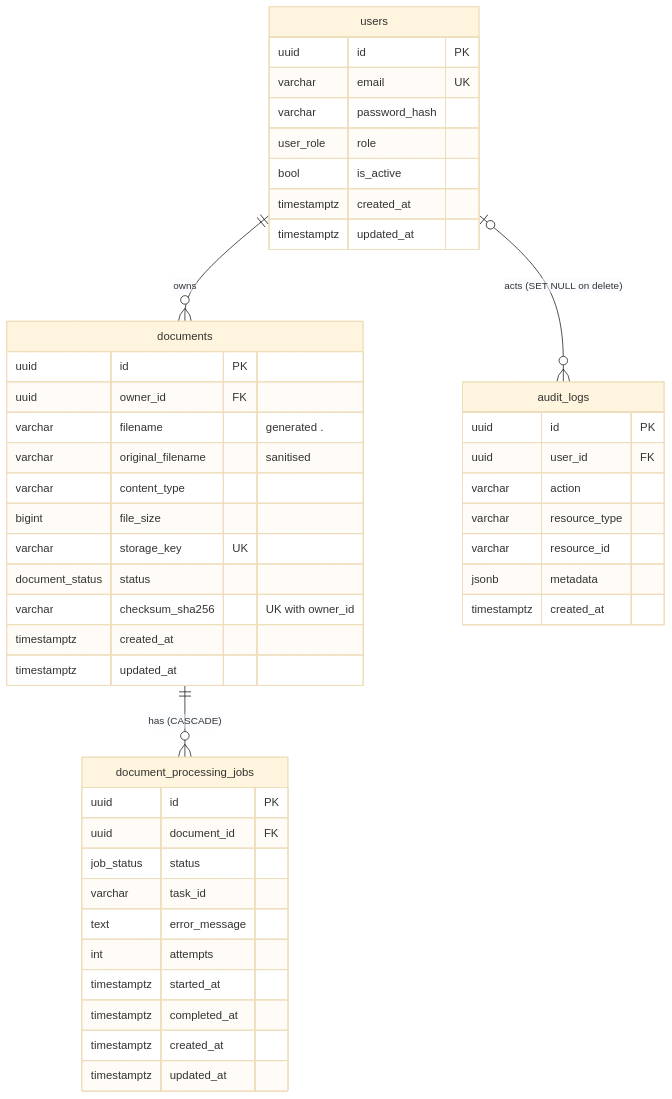
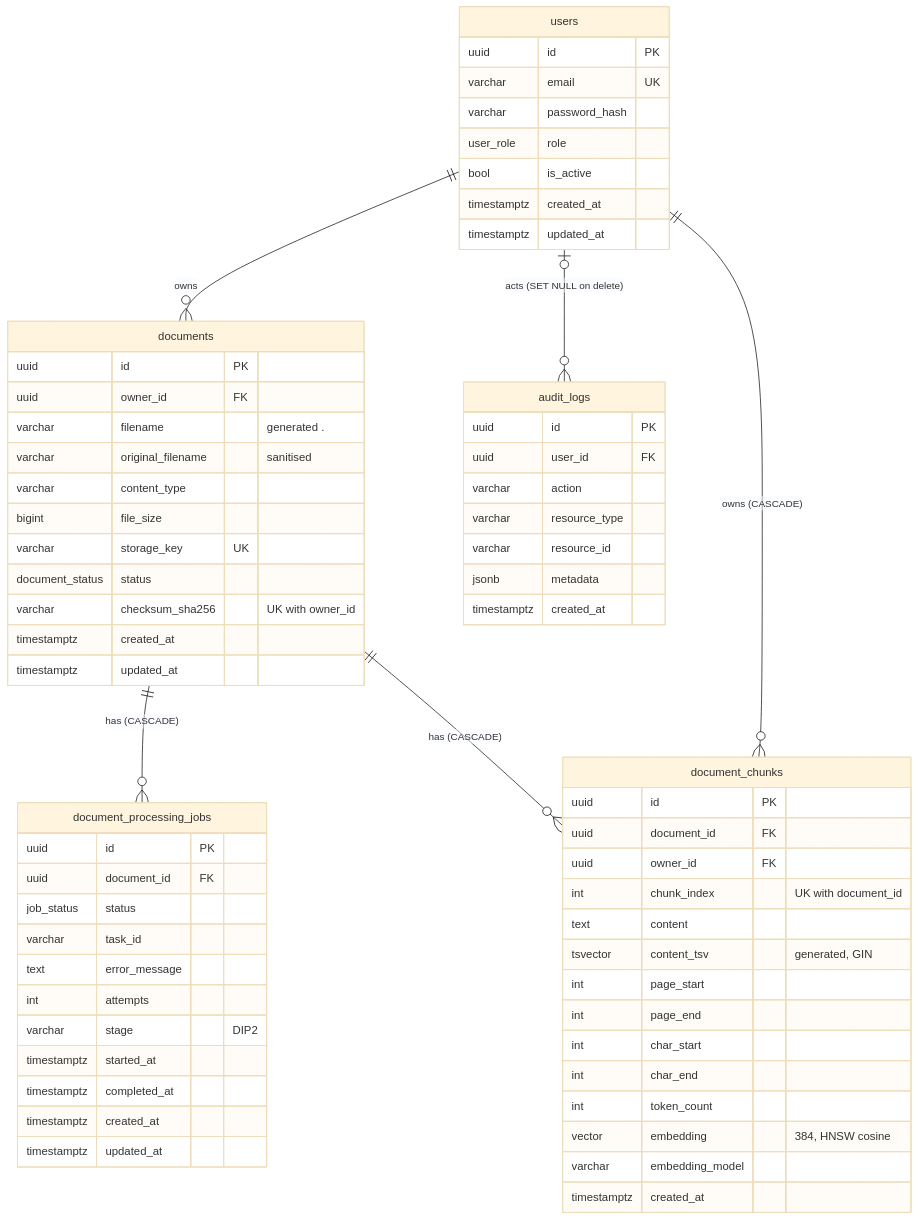
One commit to shahil5z/document-intelligence-analysis changed the fifth of 6 diagrams in docs/architecture.md. Above: the diagram before and after it, drawn with Mermaid (base theme). The commit also changed other lines of this file and 8 other files, not shown here.

Commit message:
docs: document DIP2 processing, retrieval, RAG and security; add DIP2 handoff, update README, architecture, portfolio and DIP3 handoff

````diff
--- a/docs/architecture.md
+++ b/docs/architecture.md
@@ -115,49 +123,68 @@
 ```mermaid
 erDiagram
     users ||--o{ documents : owns
     users |o--o{ audit_logs : "acts (SET NULL on delete)"
     documents ||--o{ document_processing_jobs : "has (CASCADE)"
+    documents ||--o{ document_chunks : "has (CASCADE)"
+    users ||--o{ document_chunks : "owns (CASCADE)"
     users {
         uuid id PK
         varchar email UK
         varchar password_hash
         user_role role
         bool is_active
         timestamptz created_at
         timestamptz updated_at
     }
     documents {
         uuid id PK
         uuid owner_id FK
         varchar filename "generated <uuid>.<ext>"
         varchar original_filename "sanitised"
         varchar content_type
         bigint file_size
         varchar storage_key UK
         document_status status
         varchar checksum_sha256 "UK with owner_id"
         timestamptz created_at
         timestamptz updated_at
     }
     document_processing_jobs {
         uuid id PK
         uuid document_id FK
         job_status status
         varchar task_id
         text error_message
         int attempts
+        varchar stage "DIP2"
         timestamptz started_at
         timestamptz completed_at
         timestamptz created_at
         timestamptz updated_at
+    }
+    document_chunks {
+        uuid id PK
+        uuid document_id FK
+        uuid owner_id FK
+        int chunk_index "UK with document_id"
+        text content
+        tsvector content_tsv "generated, GIN"
+        int page_start
+        int page_end
+        int char_start
+        int char_end
+        int token_count
+        vector embedding "384, HNSW cosine"
+        varchar embedding_model
+        timestamptz created_at
     }
     audit_logs {
         uuid id PK
         uuid user_id FK
         varchar action
         varchar resource_type
         varchar resource_id
         jsonb metadata
         timestamptz created_at
     }
 ```
````
